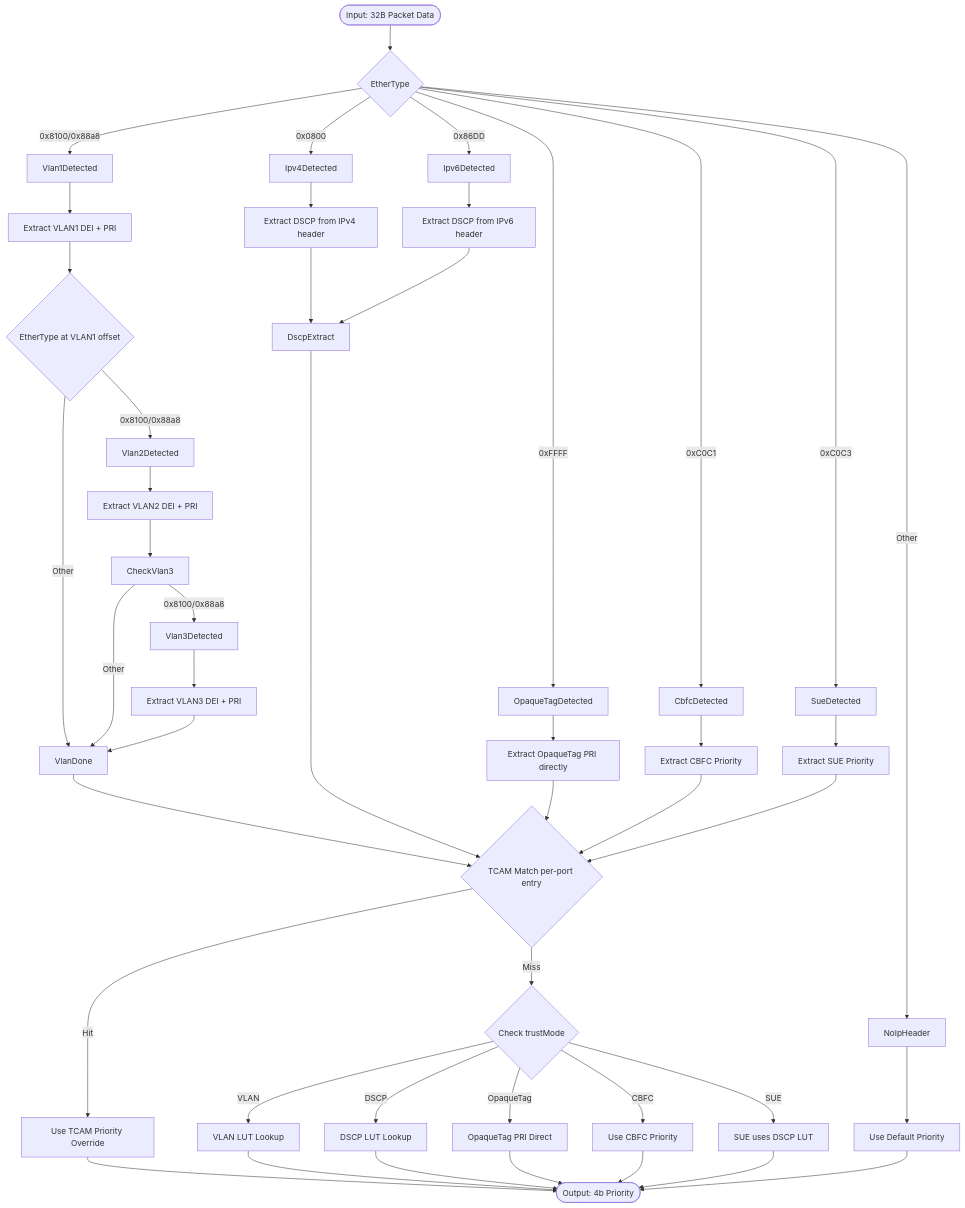
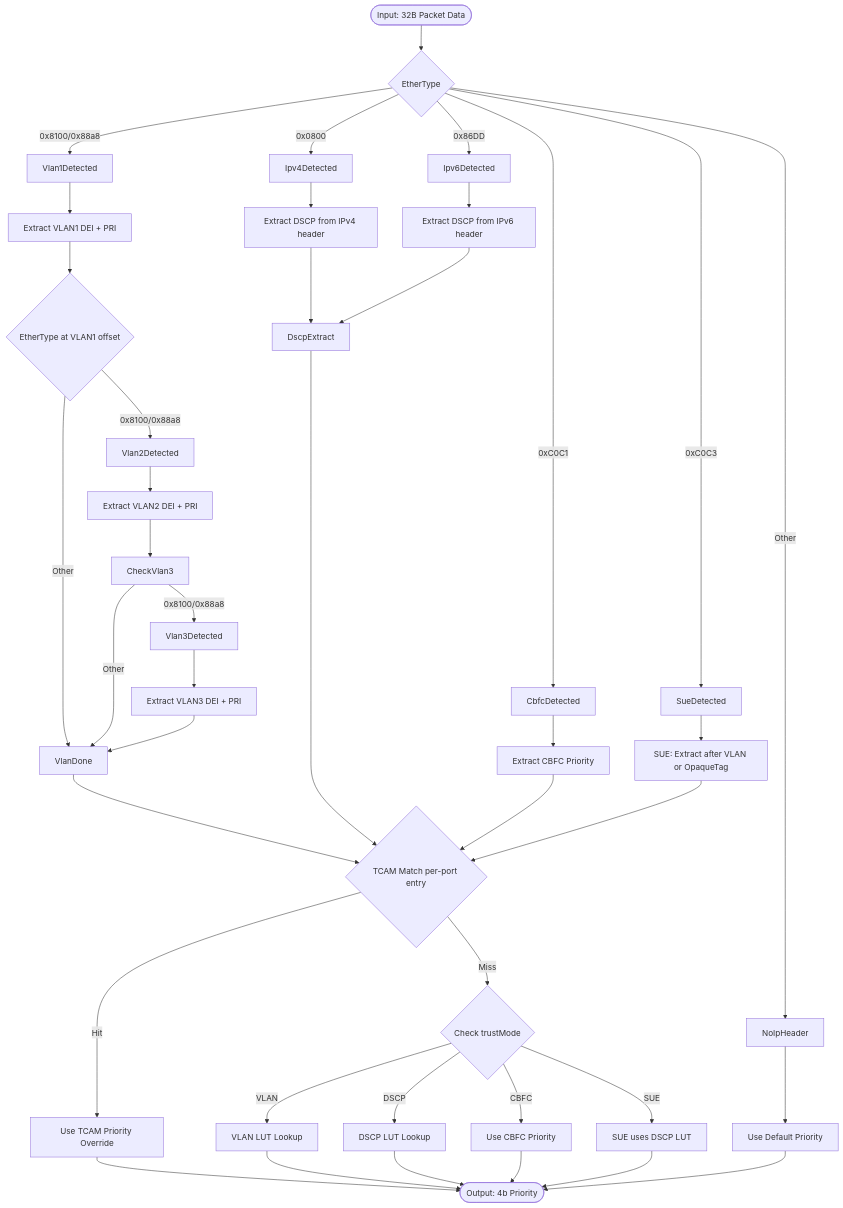
The fourth of 5 diagrams in docs/PreParser.md (RuyeeAI/HardwareDesign), drawn with Mermaid before and after one commit. The commit also changed other lines of this file, not shown here.

First line of the commit message:
Update PreParser doc: SUE path constraint, OpaqueTag no priority

````diff
--- a/docs/PreParser.md
+++ b/docs/PreParser.md
@@ -82,66 +94,60 @@
 ```mermaid
 flowchart TD
     Start([Input: 32B Packet Data]) --> EthCheck{"EtherType"}
 
     EthCheck -->|"0x8100/0x88a8"| Vlan1Detected
     EthCheck -->|"0x0800"| Ipv4Detected
     EthCheck -->|"0x86DD"| Ipv6Detected
-    EthCheck -->|"0xFFFF"| OpaqueTagDetected
     EthCheck -->|"0xC0C1"| CbfcDetected
     EthCheck -->|"0xC0C3"| SueDetected
     EthCheck -->|"Other"| NoIpHeader
 
     Vlan1Detected --> Vlan1Extract["Extract VLAN1 DEI + PRI"]
     Vlan1Extract --> CheckVlan2{"EtherType at VLAN1 offset"}
 
     CheckVlan2 -->|"0x8100/0x88a8"| Vlan2Detected
     CheckVlan2 -->|"Other"| VlanDone
 
     Vlan2Detected --> Vlan2Extract["Extract VLAN2 DEI + PRI"]
     Vlan2Extract --> CheckVlan3
 
     CheckVlan3 -->|"0x8100/0x88a8"| Vlan3Detected
     CheckVlan3 -->|"Other"| VlanDone
 
     Vlan3Detected --> Vlan3Extract["Extract VLAN3 DEI + PRI"]
     Vlan3Extract --> VlanDone
 
     VlanDone --> TcamMatch{"TCAM Match per-port entry"}
 
     Ipv4Detected --> Ipv4Extract["Extract DSCP from IPv4 header"]
     Ipv6Detected --> Ipv6Extract["Extract DSCP from IPv6 header"]
 
     Ipv4Extract --> DscpExtract
     Ipv6Extract --> DscpExtract
 
-    OpaqueTagDetected --> OpaqueExtract["Extract OpaqueTag PRI directly"]
-
     CbfcDetected --> CbfcExtract["Extract CBFC Priority"]
 
-    SueDetected --> SueExtract["Extract SUE Priority"]
+    SueDetected --> SueExtract["SUE: Extract after VLAN or OpaqueTag"]
 
     NoIpHeader --> UseDefault["Use Default Priority"]
 
     DscpExtract --> TcamMatch
-    OpaqueExtract --> TcamMatch
     CbfcExtract --> TcamMatch
     SueExtract --> TcamMatch
 
     TcamMatch -->|"Hit"| UseTcamPriority["Use TCAM Priority Override"]
     TcamMatch -->|"Miss"| PortConfigCheck{"Check trustMode"}
 
     UseTcamPriority --> Output([Output: 4b Priority])
 
     PortConfigCheck -->|"VLAN"| VlanLutLookup["VLAN LUT Lookup"]
     PortConfigCheck -->|"DSCP"| DscpLutLookup["DSCP LUT Lookup"]
-    PortConfigCheck -->|"OpaqueTag"| OpaqueDirect["OpaqueTag PRI Direct"]
     PortConfigCheck -->|"CBFC"| UseCbfcPri["Use CBFC Priority"]
     PortConfigCheck -->|"SUE"| SueLutLookup["SUE uses DSCP LUT"]
 
     VlanLutLookup --> Output
     DscpLutLookup --> Output
-    OpaqueDirect --> Output
     UseCbfcPri --> Output
     SueLutLookup --> Output
     UseDefault --> Output
 ```
````
